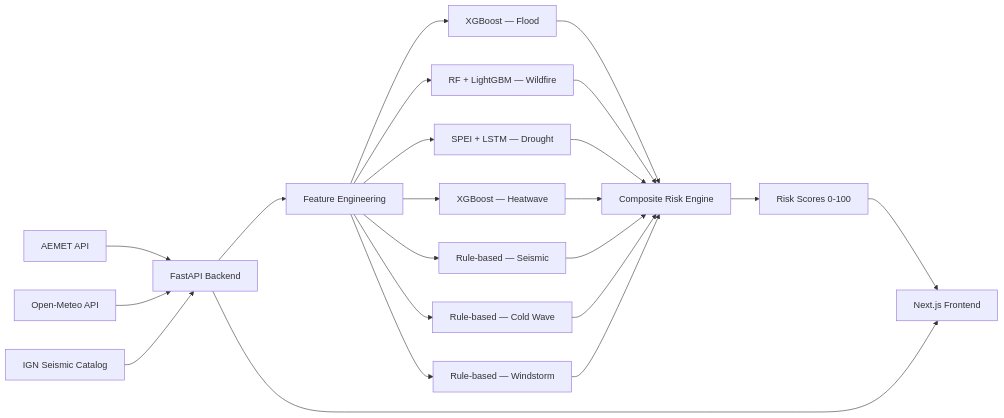
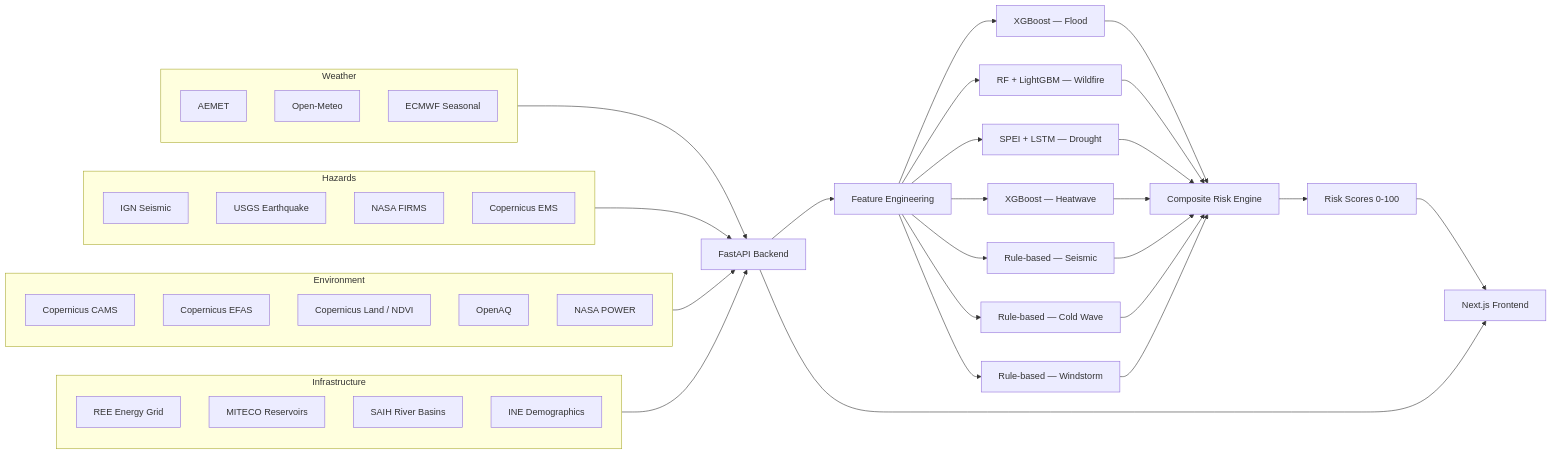
The diagram in README.md (javierdejesusda/TrueRisk), drawn with Mermaid before and after one commit. The commit also changed other lines of this file, not shown here.

````diff
--- a/README.md
+++ b/README.md
@@ -37,24 +37,49 @@
 ```mermaid
 graph LR
-    A[AEMET API] --> D[FastAPI Backend]
-    B[Open-Meteo API] --> D
-    C[IGN Seismic Catalog] --> D
-    D --> E[Feature Engineering]
+    subgraph Weather
+        A1[AEMET]
+        A2[Open-Meteo]
+        A3[ECMWF Seasonal]
+    end
+    subgraph Hazards
+        B1[IGN Seismic]
+        B2[USGS Earthquake]
+        B3[NASA FIRMS]
+        B4[Copernicus EMS]
+    end
+    subgraph Environment
+        C1[Copernicus CAMS]
+        C2[Copernicus EFAS]
+        C3[Copernicus Land / NDVI]
+        C4[OpenAQ]
+        C5[NASA POWER]
+    end
+    subgraph Infrastructure
+        D1[REE Energy Grid]
+        D2[MITECO Reservoirs]
+        D3[SAIH River Basins]
+        D4[INE Demographics]
+    end
+    Weather --> BE[FastAPI Backend]
+    Hazards --> BE
+    Environment --> BE
+    Infrastructure --> BE
+    BE --> E[Feature Engineering]
     E --> F1[XGBoost — Flood]
     E --> F2[RF + LightGBM — Wildfire]
     E --> F3[SPEI + LSTM — Drought]
     E --> F4[XGBoost — Heatwave]
     E --> F5[Rule-based — Seismic]
     E --> F6[Rule-based — Cold Wave]
     E --> F7[Rule-based — Windstorm]
     F1 --> G[Composite Risk Engine]
     F2 --> G
     F3 --> G
     F4 --> G
     F5 --> G
     F6 --> G
     F7 --> G
     G --> H[Risk Scores 0-100]
     H --> I[Next.js Frontend]
-    D --> I
+    BE --> I
 ```
````
